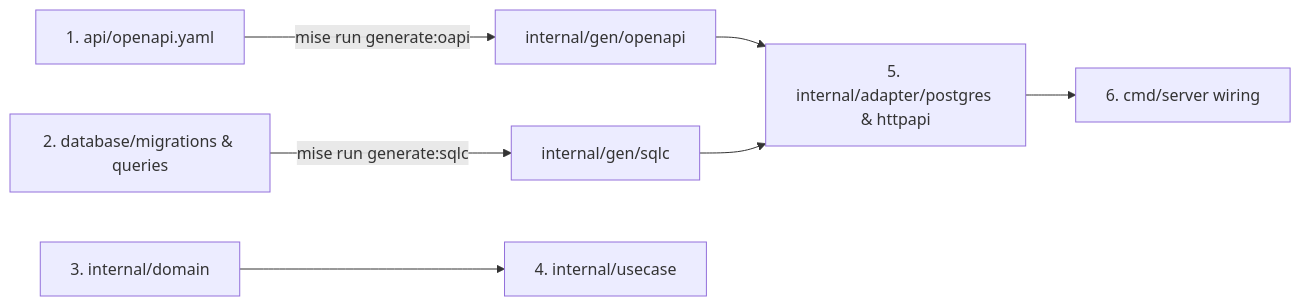
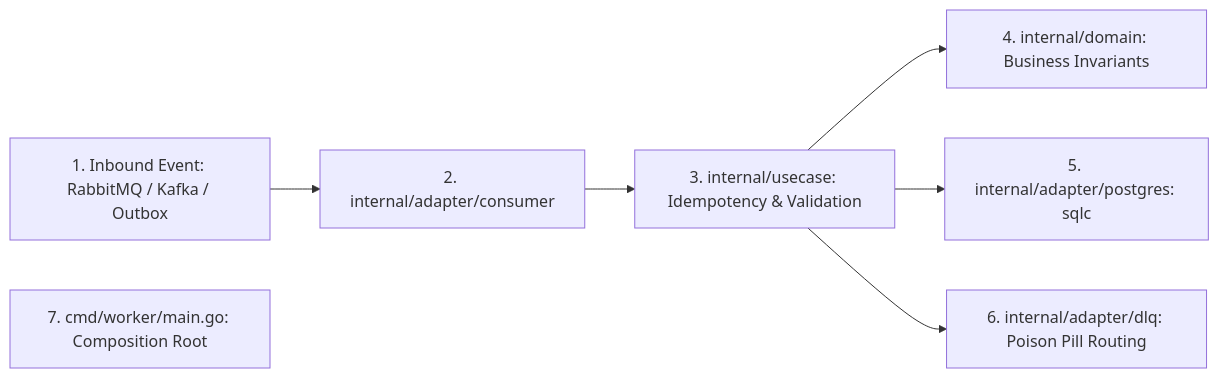
One commit to netologist/go-worker-template changed the diagram in docs/template-guide.md. Above: the diagram before and after it, drawn with Mermaid. The commit also changed other lines of this file and 14 other files, not shown here.

First line of the commit message:
feat: add Redpanda/Kafka consumer support and template usage guide

````diff
--- a/docs/template-guide.md
+++ b/docs/template-guide.md
@@ -83,8 +83,9 @@
 ```mermaid
 graph LR
-    A[1. api/openapi.yaml] -->|mise run generate:oapi| B[internal/gen/openapi]
-    C[2. database/migrations & queries] -->|mise run generate:sqlc| D[internal/gen/sqlc]
-    E[3. internal/domain] --> F[4. internal/usecase]
-    B & D --> G[5. internal/adapter/postgres & httpapi]
-    G --> H[6. cmd/server wiring]
+    A[1. Inbound Event: RabbitMQ / Kafka / Outbox] --> B[2. internal/adapter/consumer]
+    B --> C[3. internal/usecase: Idempotency & Validation]
+    C --> D[4. internal/domain: Business Invariants]
+    C --> E[5. internal/adapter/postgres: sqlc]
+    C --> F[6. internal/adapter/dlq: Poison Pill Routing]
+    G[7. cmd/worker/main.go: Composition Root]
 ```
````
